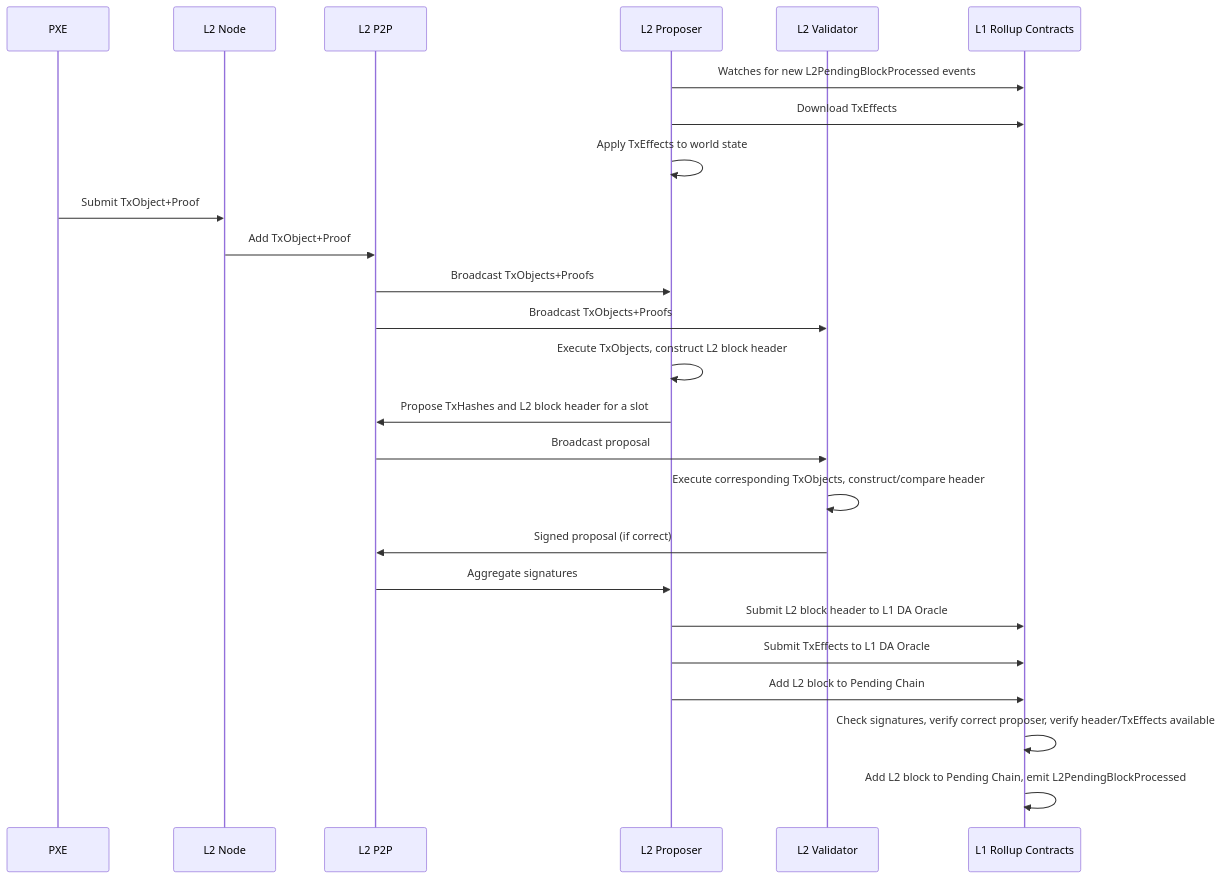
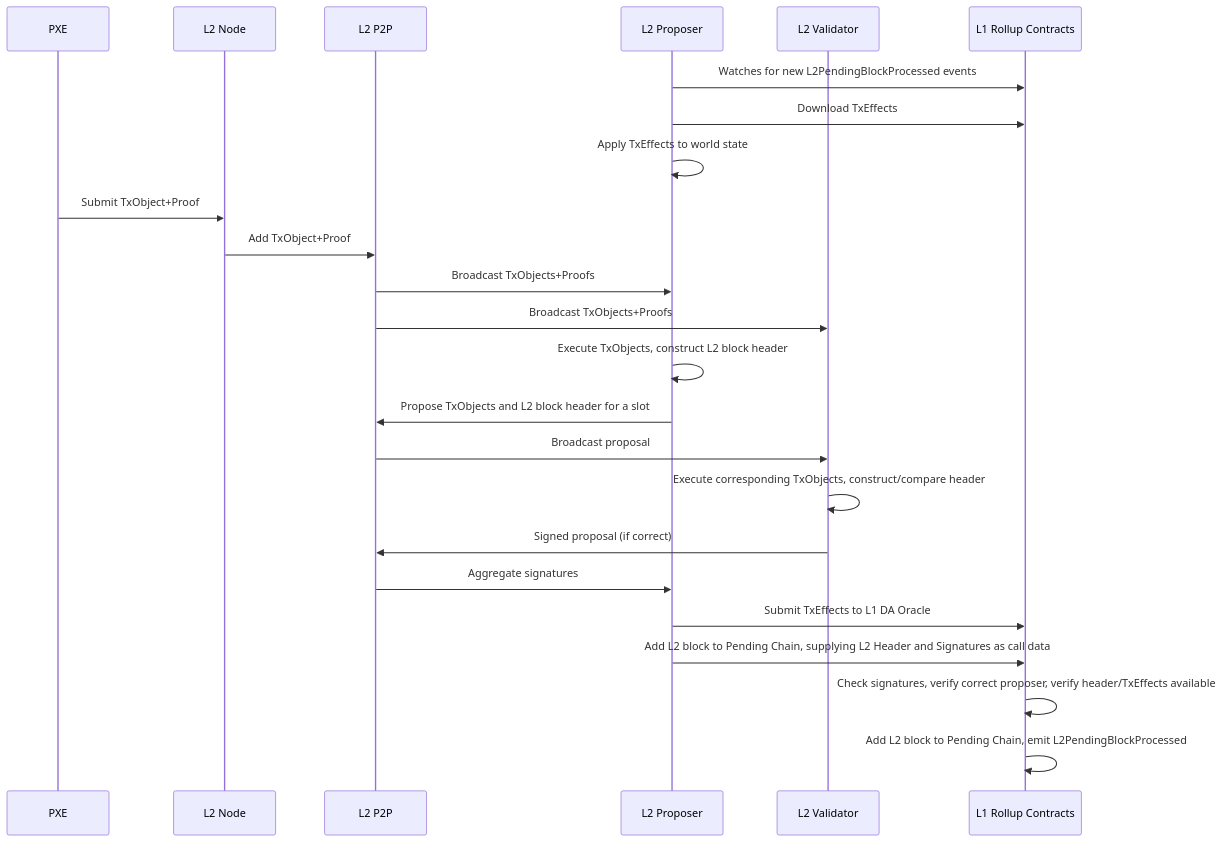
One commit to AztecProtocol/engineering-designs changed the first of 2 diagrams in in-progress/7482-sequencer-prover-test-net.md. Above: the diagram before and after it, drawn with Mermaid. The commit also changed other lines of this file, not shown here.

````diff
--- a/in-progress/7482-sequencer-prover-test-net.md
+++ b/in-progress/7482-sequencer-prover-test-net.md
@@ -128,28 +125,27 @@
 ```mermaid
 sequenceDiagram
     participant PXE as PXE
     participant L2N as L2 Node
     participant MP as L2 P2P
     participant P as L2 Proposer
     participant V as L2 Validator
     participant L1R as L1 Rollup Contracts
 
     P->>L1R: Watches for new L2PendingBlockProcessed events
     P->>L1R: Download TxEffects
     P->>P: Apply TxEffects to world state
     PXE->>L2N: Submit TxObject+Proof
     L2N->>MP: Add TxObject+Proof
     MP->>P: Broadcast TxObjects+Proofs
     MP->>V: Broadcast TxObjects+Proofs
     P->>P: Execute TxObjects, construct L2 block header
-    P->>MP: Propose TxHashes and L2 block header for a slot 
+    P->>MP: Propose TxObjects and L2 block header for a slot 
     MP->>V: Broadcast proposal
     V->>V: Execute corresponding TxObjects, construct/compare header
     V->>MP: Signed proposal (if correct)
     MP->>P: Aggregate signatures
-    P->>L1R: Submit L2 block header to L1 DA Oracle
     P->>L1R: Submit TxEffects to L1 DA Oracle
-    P->>L1R: Add L2 block to Pending Chain
+    P->>L1R: Add L2 block to Pending Chain, supplying L2 Header and Signatures as call data
     L1R->>L1R: Check signatures, verify correct proposer, verify header/TxEffects available
     L1R->>L1R: Add L2 block to Pending Chain, emit L2PendingBlockProcessed
 ```
````
